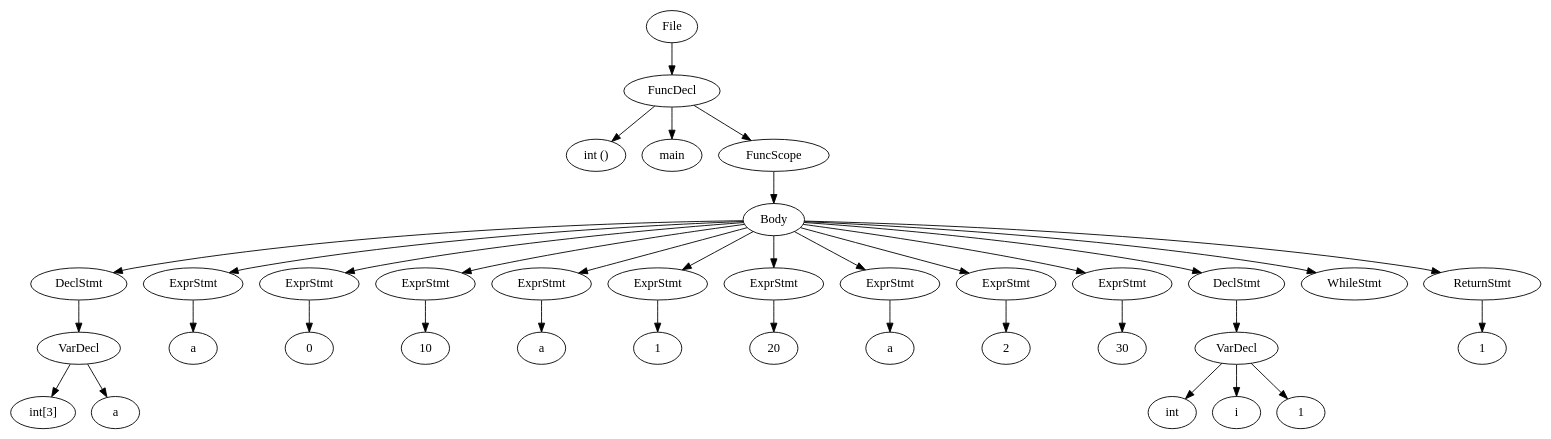
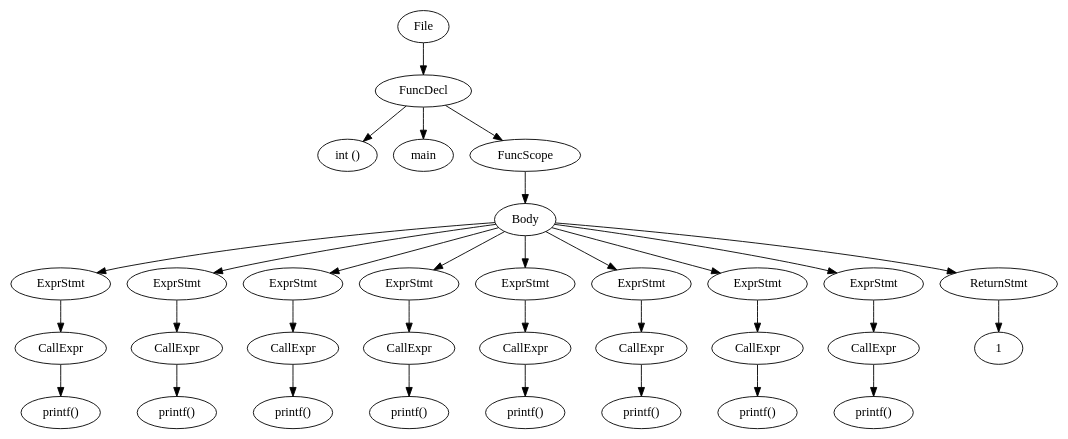
The diagram in src/output.dot (LarsDeLeeuw/Compilers), drawn with Graphviz before and after one commit. The commit also changed 12 other files, not shown here.

```diff
--- a/src/output.dot
+++ b/src/output.dot
@@ -1,72 +1,64 @@
 digraph {n0 [label="File"];
 n1 [label="FuncDecl"];
 n2 [label="int ()"];
 n3 [label="main"];
 n4 [label="FuncScope"];
 n6 [label="Body"];
-n8 [label="DeclStmt"];
-n9 [label="VarDecl"];
-n10 [label="int[3]"];
-n11 [label="a"];
-n13 [label="ExprStmt"];
-n14 [label="a"];
-n15 [label="ExprStmt"];
-n16 [label="0"];
-n17 [label="ExprStmt"];
-n18 [label="10"];
-n19 [label="ExprStmt"];
-n20 [label="a"];
-n21 [label="ExprStmt"];
-n22 [label="1"];
-n23 [label="ExprStmt"];
-n24 [label="20"];
-n25 [label="ExprStmt"];
-n26 [label="a"];
-n27 [label="ExprStmt"];
-n28 [label="2"];
-n29 [label="ExprStmt"];
-n30 [label="30"];
-n31 [label="DeclStmt"];
-n32 [label="VarDecl"];
-n33 [label="int"];
-n34 [label="i"];
-n35 [label="1"];
-n36 [label="WhileStmt"];
-n38 [label="ReturnStmt"];
-n39 [label="1"];
+n8 [label="ExprStmt"];
+n9 [label="CallExpr"];
+n10 [label="printf()"];
+n12 [label="ExprStmt"];
+n13 [label="CallExpr"];
+n14 [label="printf()"];
+n16 [label="ExprStmt"];
+n17 [label="CallExpr"];
+n18 [label="printf()"];
+n20 [label="ExprStmt"];
+n21 [label="CallExpr"];
+n22 [label="printf()"];
+n24 [label="ExprStmt"];
+n25 [label="CallExpr"];
+n26 [label="printf()"];
+n28 [label="ExprStmt"];
+n29 [label="CallExpr"];
+n30 [label="printf()"];
+n32 [label="ExprStmt"];
+n33 [label="CallExpr"];
+n34 [label="printf()"];
+n36 [label="ExprStmt"];
+n37 [label="CallExpr"];
+n38 [label="printf()"];
+n40 [label="ReturnStmt"];
+n41 [label="1"];
 n0 -> n1
 n1 -> n2
 n1 -> n3
 n1 -> n4
 n4 -> n6
 n6 -> n8
 n8 -> n9
 n9 -> n10
-n9 -> n11
-n6 -> n13
+n6 -> n12
+n12 -> n13
 n13 -> n14
-n6 -> n15
-n15 -> n16
-n6 -> n17
+n6 -> n16
+n16 -> n17
 n17 -> n18
-n6 -> n19
-n19 -> n20
-n6 -> n21
+n6 -> n20
+n20 -> n21
 n21 -> n22
-n6 -> n23
-n23 -> n24
-n6 -> n25
+n6 -> n24
+n24 -> n25
 n25 -> n26
-n6 -> n27
-n27 -> n28
-n6 -> n29
+n6 -> n28
+n28 -> n29
 n29 -> n30
-n6 -> n31
-n31 -> n32
+n6 -> n32
 n32 -> n33
-n32 -> n34
-n32 -> n35
+n33 -> n34
 n6 -> n36
-n6 -> n38
-n38 -> n39
+n36 -> n37
+n37 -> n38
+n6 -> n40
+n40 -> n41
 }
```
